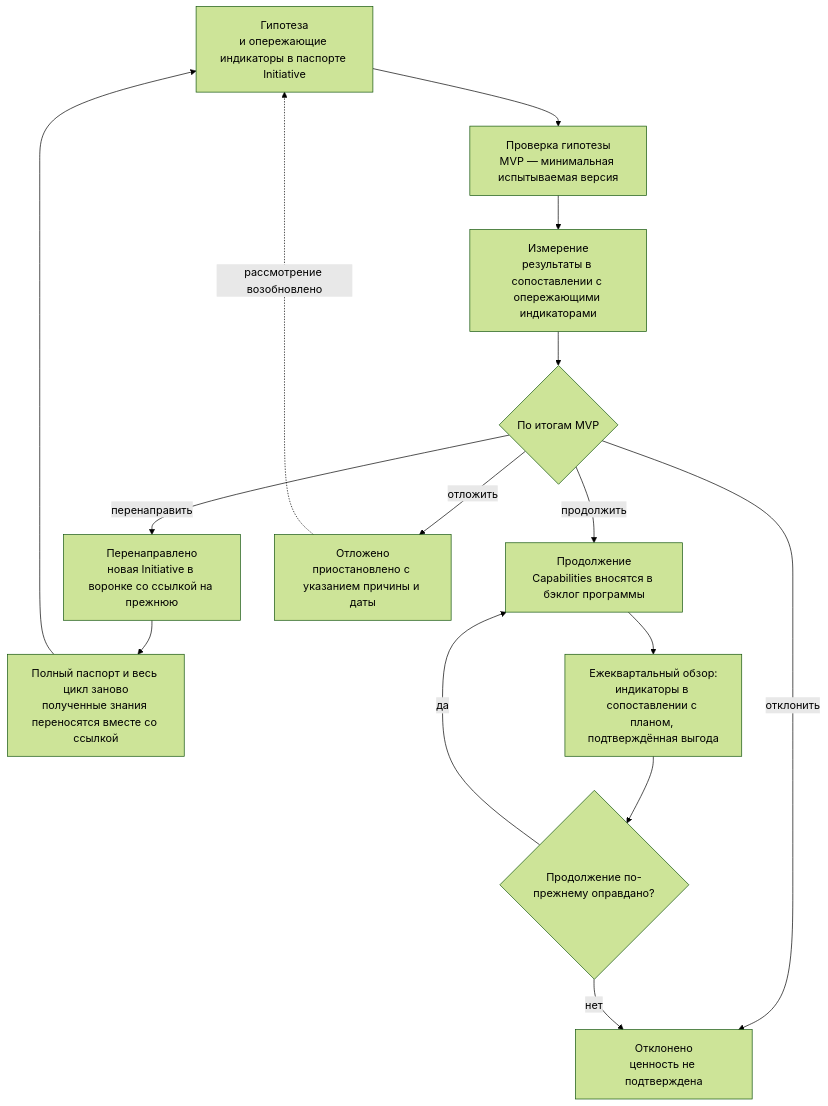
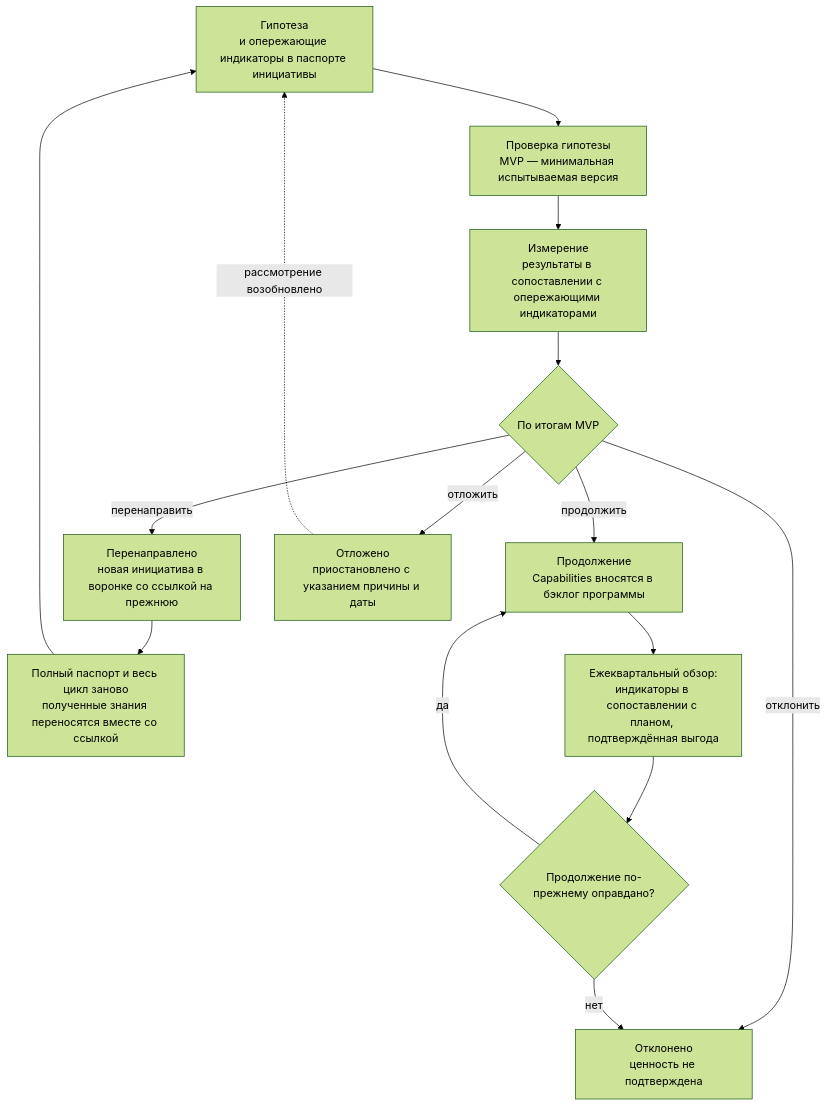
One commit to devhogu/ob-aicc changed the seventh of 8 diagrams in charter/ru/documents/portfolio-management-model.md. Above: the diagram before and after it, drawn with Mermaid (forest theme). The commit also changed other lines of this file and 150 other files, not shown here.

````diff
--- a/charter/ru/documents/portfolio-management-model.md
+++ b/charter/ru/documents/portfolio-management-model.md
@@ -271,17 +271,17 @@
 ```mermaid
 flowchart TB
-  H["Гипотеза<br/>и опережающие индикаторы в паспорте Initiative"] --> P["Проверка гипотезы<br/>MVP — минимальная испытываемая версия"]
+  H["Гипотеза<br/>и опережающие индикаторы в паспорте инициативы"] --> P["Проверка гипотезы<br/>MVP — минимальная испытываемая версия"]
   P --> M["Измерение<br/>результаты в сопоставлении с опережающими индикаторами"]
   M --> D{"По итогам MVP"}
   D -->|продолжить| C["Продолжение<br/>Capabilities вносятся в бэклог программы"]
-  D -->|перенаправить| V["Перенаправлено<br/>новая Initiative в воронке со ссылкой на прежнюю"]
+  D -->|перенаправить| V["Перенаправлено<br/>новая инициатива в воронке со ссылкой на прежнюю"]
   D -->|отложить| DF["Отложено<br/>приостановлено с указанием причины и даты"]
   D -->|отклонить| R["Отклонено<br/>ценность не подтверждена"]
   DF -.рассмотрение возобновлено.-> H
   V --> H2["Полный паспорт и весь цикл заново<br/>полученные знания переносятся вместе со ссылкой"]
   H2 --> H
   C --> Q["Ежеквартальный обзор:<br/>индикаторы в сопоставлении с планом, подтверждённая выгода"]
   Q --> D2{"Продолжение по-прежнему оправдано?"}
   D2 -->|да| C
   D2 -->|нет| R
 ```
````
